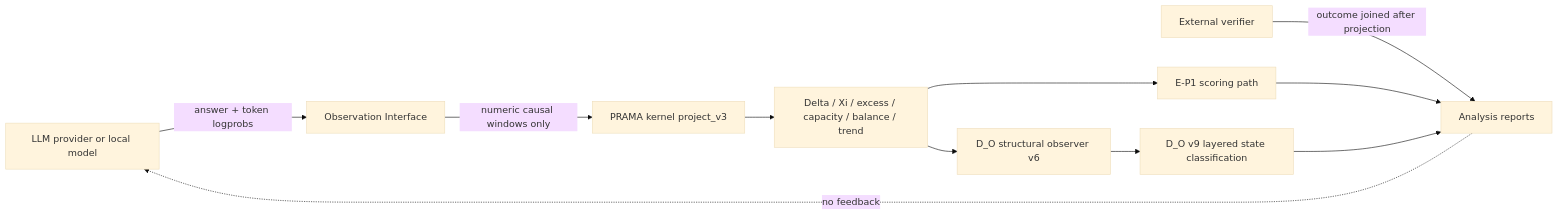
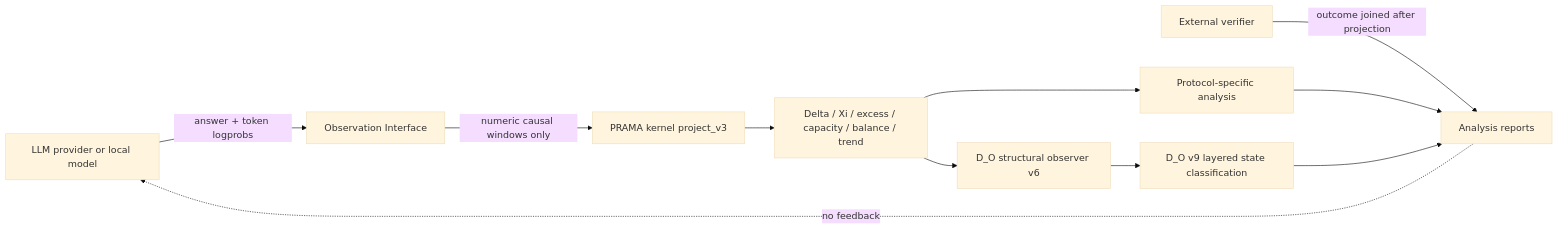
Before and after one commit to gacj0901/LLM-SVM_PRAMA-Protokol: the diagram in docs/ARCHITECTURE.md, drawn with Mermaid (base theme). The commit also changed other lines of this file and 171 other files, not shown here.

````diff
--- a/docs/ARCHITECTURE.md
+++ b/docs/ARCHITECTURE.md
@@ -11,13 +11,13 @@
 ```mermaid
 flowchart LR
     M[LLM provider or local model] -->|answer + token logprobs| O[Observation Interface]
     O -->|numeric causal windows only| K[PRAMA kernel project_v3]
     K --> G[Delta / Xi / excess / capacity / balance / trend]
-    G --> E[E-P1 scoring path]
+    G --> C[Protocol-specific analysis]
     G --> V6[D_O structural observer v6]
     V6 --> V9[D_O v9 layered state classification]
     X[External verifier] -->|outcome joined after projection| A[Analysis reports]
-    E --> A
+    C --> A
     V9 --> A
     A -. no feedback .-> M
 ```
````
